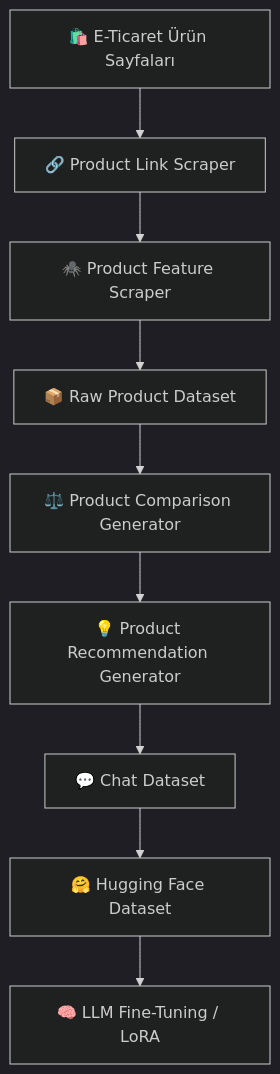
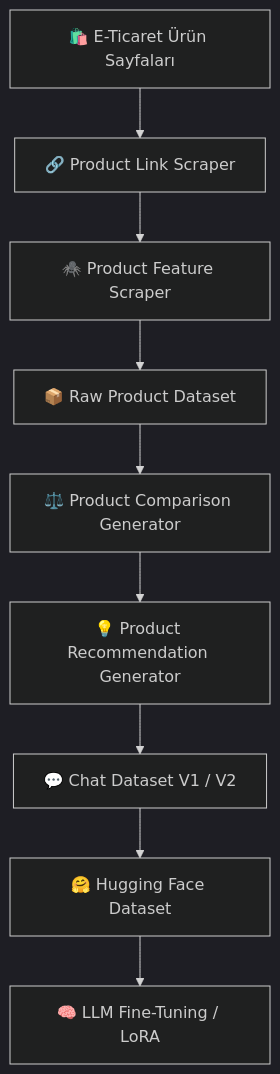
The diagram in README.md (ssedayzc/ecommerce-product-comparison-recommendation-chat-dataset), drawn with Mermaid (dark theme) before and after one commit. The commit also changed other lines of this file and 2 other files, not shown here.

Commit message:
Add V2 recommendation dataset and update documentation

````diff
--- a/README.md
+++ b/README.md
@@ -47,22 +49,22 @@
 ```mermaid
 flowchart TD
 
     A["🛍️ E-Ticaret Ürün Sayfaları"]
     B["🔗 Product Link Scraper"]
     C["🕷️ Product Feature Scraper"]
     D["📦 Raw Product Dataset"]
     E["⚖️ Product Comparison Generator"]
     F["💡 Product Recommendation Generator"]
-    G["💬 Chat Dataset"]
+    G["💬 Chat Dataset V1 / V2"]
     H["🤗 Hugging Face Dataset"]
     I["🧠 LLM Fine-Tuning / LoRA"]
 
     A --> B
     B --> C
     C --> D
     D --> E
     E --> F
     F --> G
     G --> H
     H --> I
 ```
````
